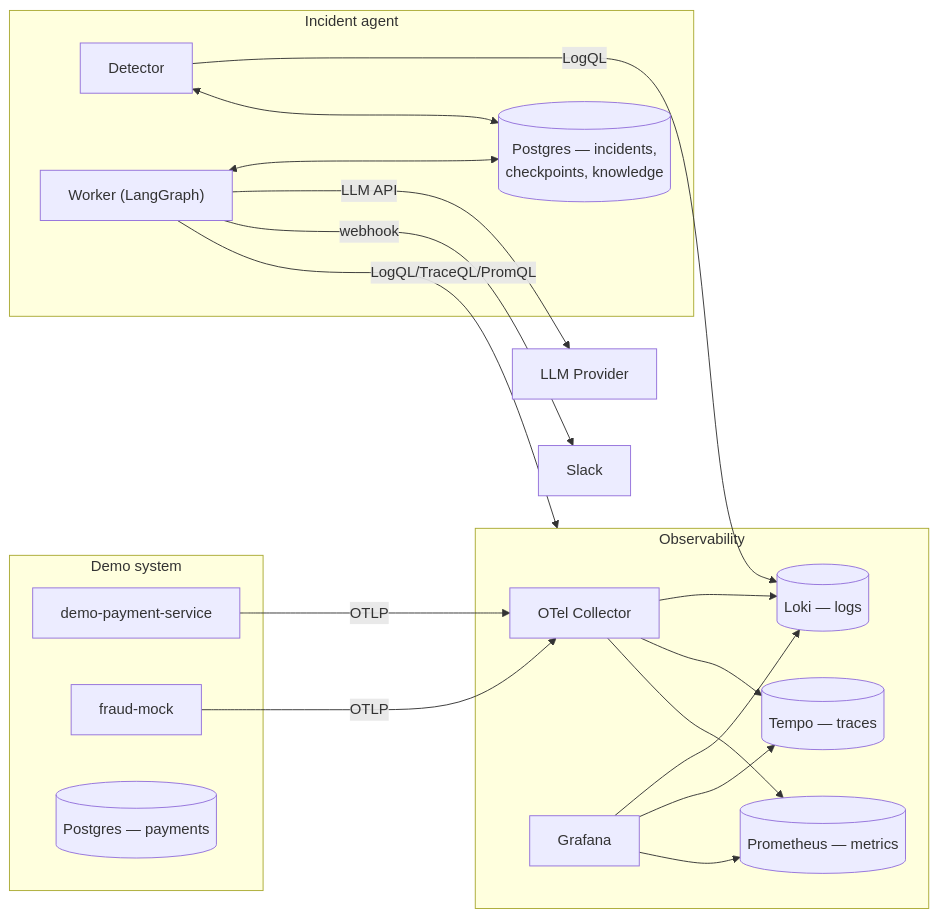
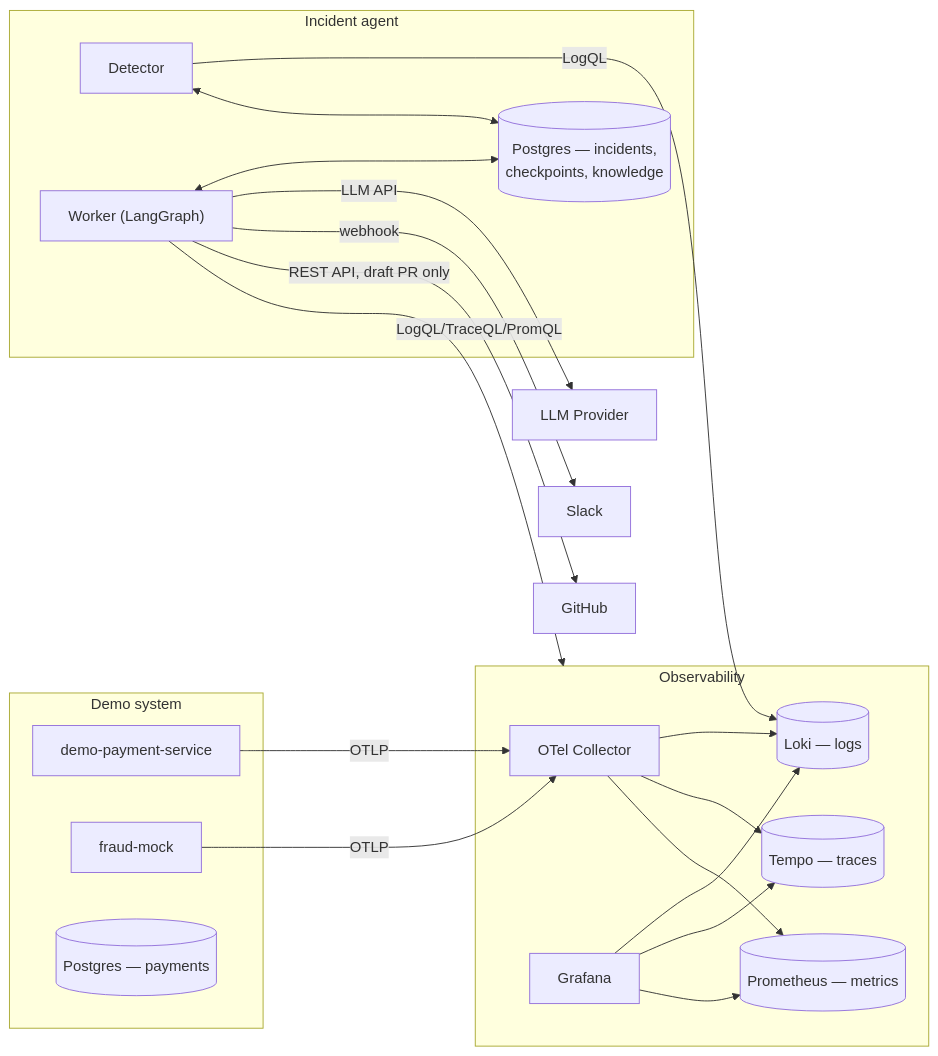
One commit to gautamamber/incident-triage-agent changed the diagram in README.md. Above: the diagram before and after it, drawn with Mermaid. The commit also changed other lines of this file and 39 other files, not shown here.

````diff
--- a/README.md
+++ b/README.md
@@ -51,35 +71,36 @@
 ```mermaid
 flowchart LR
     subgraph Demo["Demo system"]
         DS["demo-payment-service"]
         FM["fraud-mock"]
         PGD[("Postgres — payments")]
     end
 
     subgraph Obs["Observability"]
         OC["OTel Collector"]
         LK[("Loki — logs")]
         TP[("Tempo — traces")]
         PR[("Prometheus — metrics")]
         GF["Grafana"]
     end
 
     subgraph Agent["Incident agent"]
         DET["Detector"]
         WK["Worker (LangGraph)"]
         PGA[("Postgres — incidents,<br/>checkpoints, knowledge")]
     end
 
     DS -- OTLP --> OC
     FM -- OTLP --> OC
     OC --> LK & TP & PR
     GF --> LK & TP & PR
 
     DET -- LogQL --> LK
     WK -- LogQL/TraceQL/PromQL --> Obs
     WK <--> PGA
     DET <--> PGA
 
     WK -- LLM API --> LLM["LLM Provider"]
     WK -- webhook --> SL["Slack"]
+    WK -- REST API, draft PR only --> GH["GitHub"]
 ```
````
